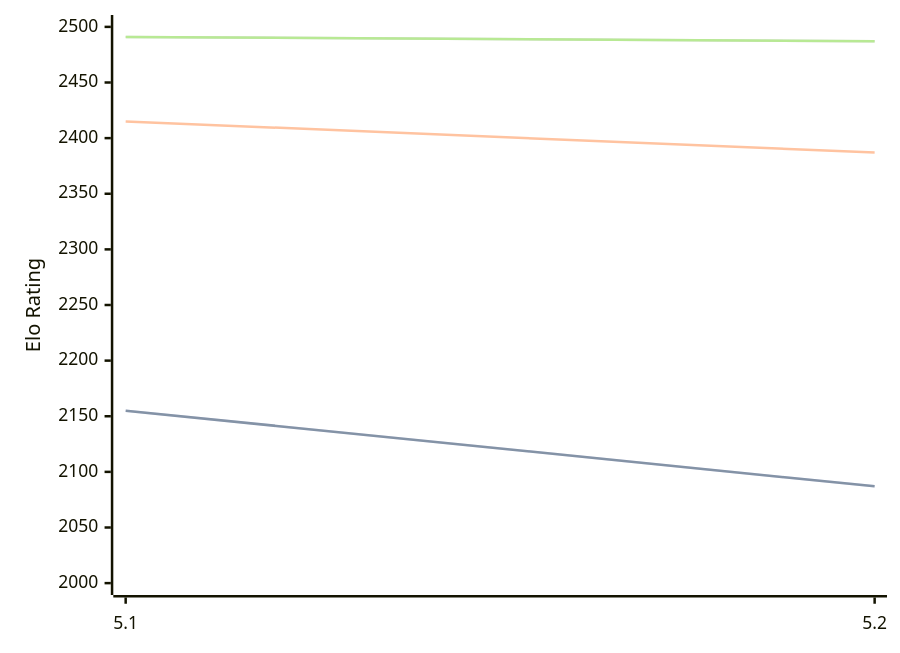
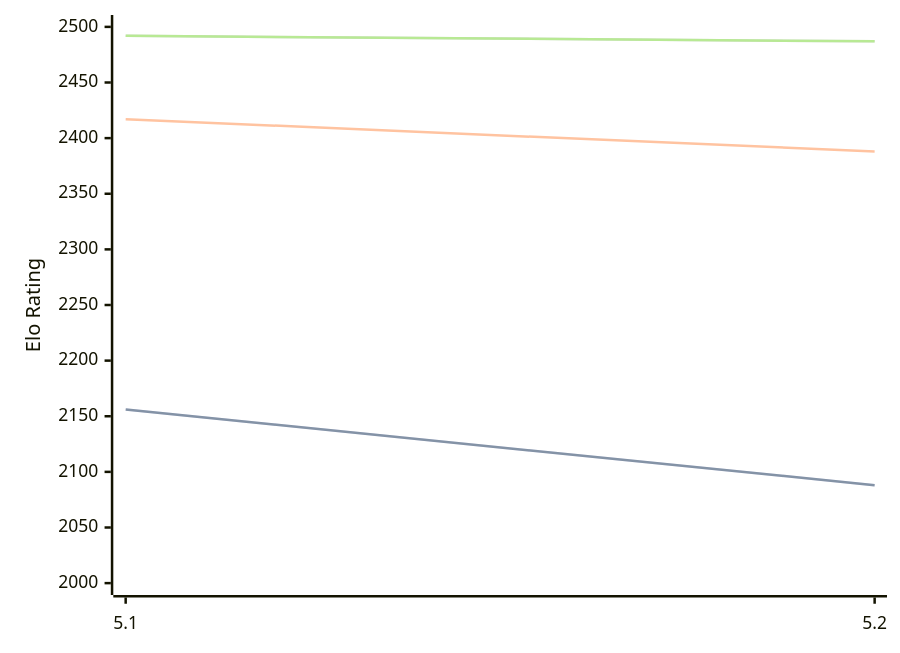
Before and after one commit to computer-chess-index/cci: the third of 3 diagrams in engines/Prophet.md, drawn with Mermaid. The commit also changed other lines of this file, not shown here.

Commit message:
Update CCI Ratings (ELO VLTC) - 2026-06-24

````diff
--- a/engines/Prophet.md
+++ b/engines/Prophet.md
@@ -71,11 +71,11 @@
 ```mermaid
 %%{init: {"theme":"base","themeVariables":{"seriesColors:['#a3a3a3','#222221','#faa371']}}}%%
 xychart-beta
   x-axis ["5.1", "5.2"]
   y-axis "Elo Rating" 2000 --> 2500
-  line "STC (8.0+0.08s)" [2155, 2087]
-  line "STC (8.0+0.08s)" [2155, 2087]
-  line "LTC (60.0+0.60s)" [2415, 2387]
-  line "VLTC (2m24s+1.12s)" [2491, 2487]
-  line "VLTC (2m24s+1.12s)" [2491, 2487]
+  line "STC (8.0+0.08s)" [2156, 2088]
+  line "STC (8.0+0.08s)" [2156, 2088]
+  line "LTC (60.0+0.60s)" [2417, 2388]
+  line "VLTC (2m24s+1.12s)" [2492, 2487]
+  line "VLTC (2m24s+1.12s)" [2492, 2487]
 ```
````
